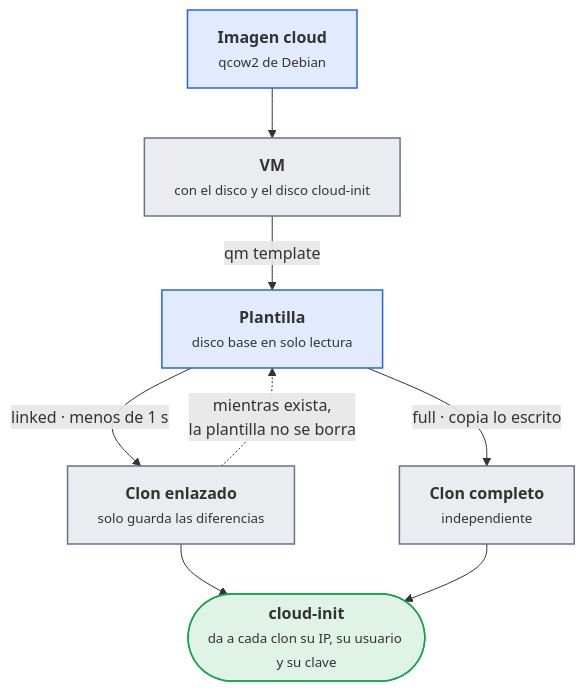
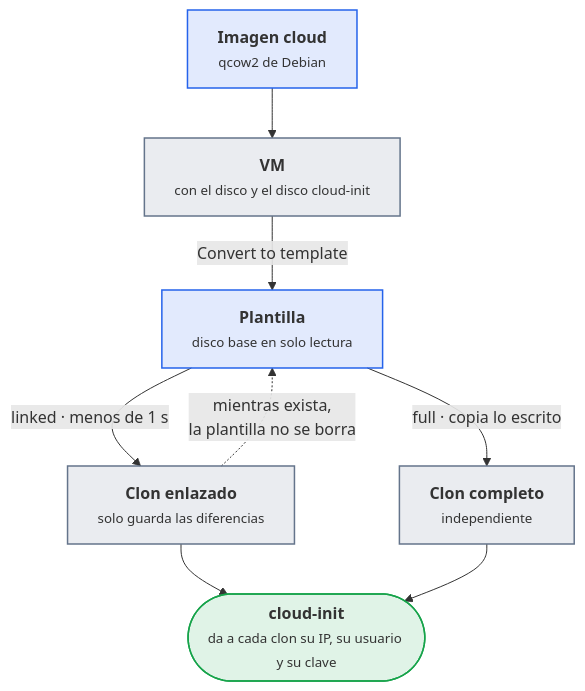
One commit to victor-educ/apuntes-5166 changed the ninth of 13 diagrams in docs/ut/ut1-virtualizacion.md. Above: the diagram before and after it, drawn with Mermaid. The commit also changed other lines of this file and 12 other files, not shown here.

````diff
--- a/docs/ut/ut1-virtualizacion.md
+++ b/docs/ut/ut1-virtualizacion.md
@@ -647,22 +651,22 @@
 ```mermaid
 flowchart TB
     IMG["<b>Imagen cloud</b><br><small>qcow2 de Debian</small>"]:::dato
     VM["<b>VM</b><br><small>con el disco y el disco cloud-init</small>"]:::pieza
     TPL["<b>Plantilla</b><br><small>disco base en solo lectura</small>"]:::dato
     LC["<b>Clon enlazado</b><br><small>solo guarda las diferencias</small>"]:::pieza
     FC["<b>Clon completo</b><br><small>independiente</small>"]:::pieza
     CI(["<b>cloud-init</b><br><small>da a cada clon su IP, su usuario y su clave</small>"]):::ok
     IMG --> VM
-    VM -- "qm template" --> TPL
+    VM -- "Convert to template" --> TPL
     TPL -- "linked · menos de 1 s" --> LC
     TPL -- "full · copia lo escrito" --> FC
     LC -. "mientras exista,<br>la plantilla no se borra" .-> TPL
     LC --> CI
     FC --> CI
     classDef act fill:#ea580c22,stroke:#ea580c,stroke-width:1.5px
     classDef pieza fill:#64748b22,stroke:#64748b,stroke-width:1.5px
     classDef dato fill:#2563eb22,stroke:#2563eb,stroke-width:1.5px
     classDef infra fill:#a1a1aa14,stroke:#a1a1aa,stroke-width:1.5px
     classDef ok fill:#16a34a22,stroke:#16a34a,stroke-width:1.5px
     classDef riesgo fill:#dc262622,stroke:#dc2626,stroke-width:1.5px
 ```
````
